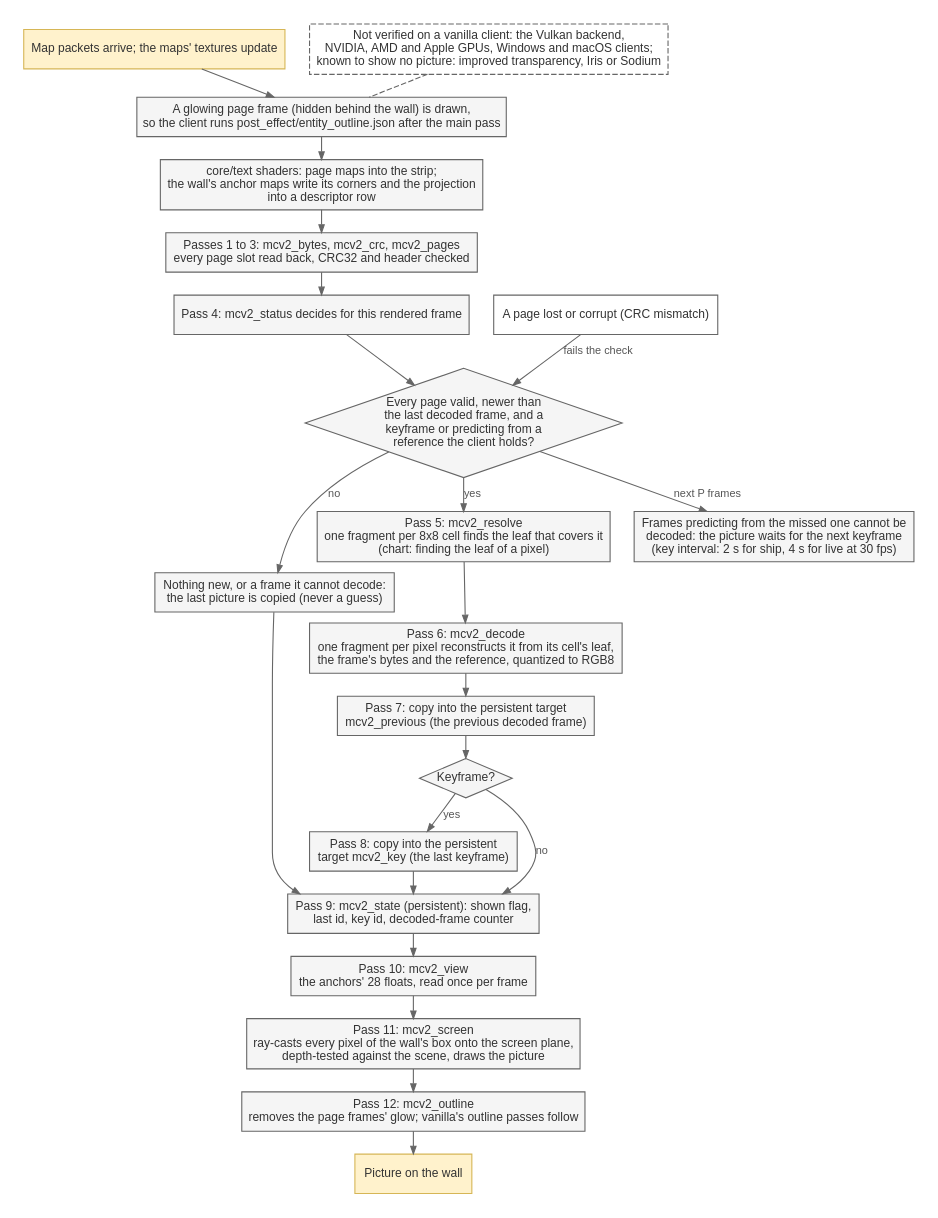
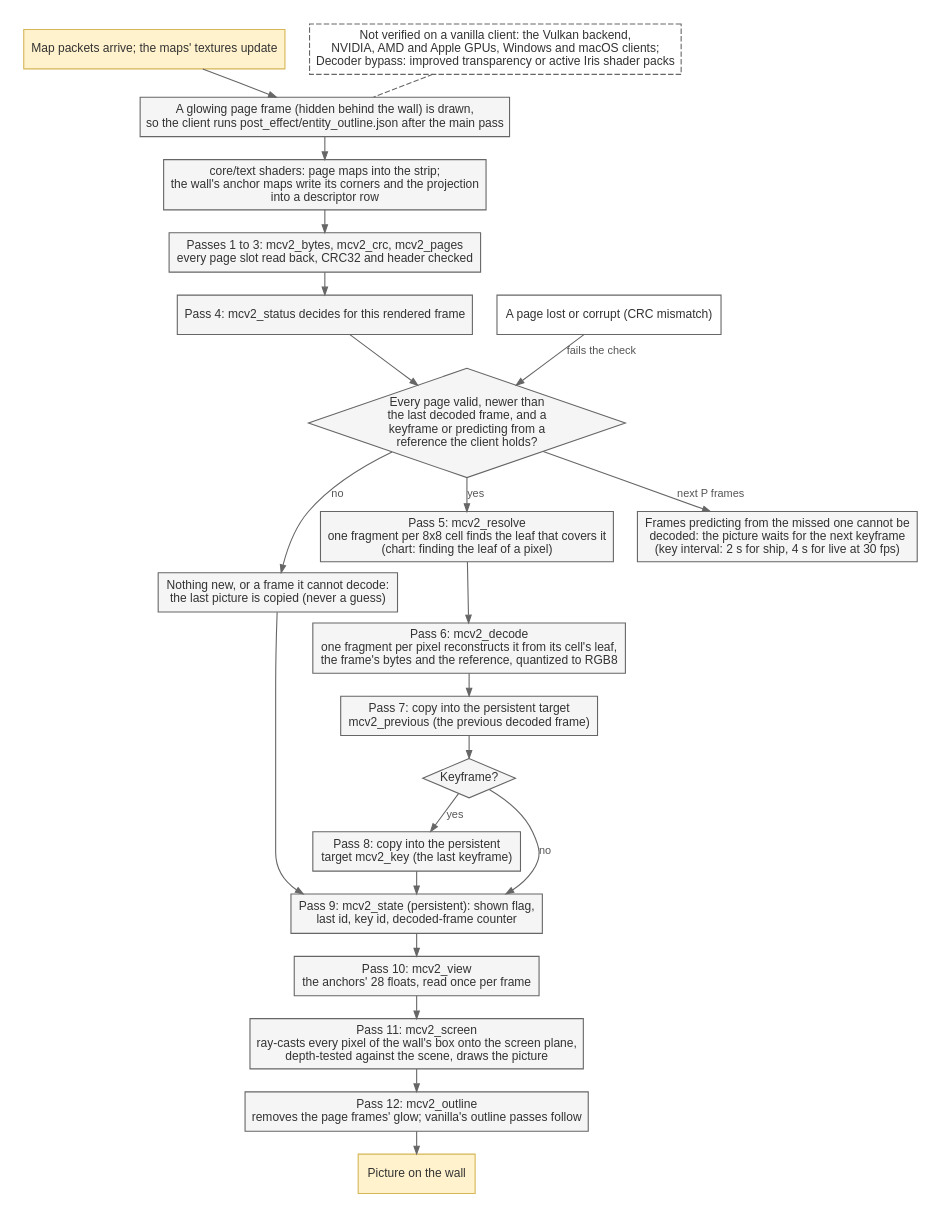
One commit to PulseBeat02/mcav changed the diagram in docs/mcv2/figures/decode.dot. Above: the diagram before and after it, drawn with Graphviz. The commit also changed 3 other files, not shown here.

First line of the commit message:
Docs: align decoder diagrams with the measured client matrix

```diff
--- a/docs/mcv2/figures/decode.dot
+++ b/docs/mcv2/figures/decode.dot
@@ -1,46 +1,46 @@
 // Figure: what the client does with a frame, from packet arrival to the pixels on the wall: the resource pack's core
 // text shaders and its post chain (post_effect/entity_outline.json), with the two persistent reference frames.
 // Dashed: what is not verified on a vanilla client (see the warning beside the figure).
 digraph decode {
   rankdir=TB;
   bgcolor="white";
   pad=0.2;
   nodesep=0.3;
   ranksep=0.26;
   node [shape=box, style=filled, fillcolor="#f5f5f5", color="#666666", fontname="Arial", fontsize=11, fontcolor="#333333", margin="0.12,0.07"];
   edge [color="#666666", arrowsize=0.7, fontname="Arial", fontsize=10, fontcolor="#555555"];
 
   arrive [label="Map packets arrive; the maps' textures update", fillcolor="#fff2cc", color="#d6b656"];
   glow [label="A glowing page frame (hidden behind the wall) is drawn,\nso the client runs post_effect/entity_outline.json after the main pass"];
   text [label="core/text shaders: page maps into the strip;\nthe wall's anchor maps write its corners and the projection\ninto a descriptor row"];
   pages [label="Passes 1 to 3: mcv2_bytes, mcv2_crc, mcv2_pages\nevery page slot read back, CRC32 and header checked"];
   status [label="Pass 4: mcv2_status decides for this rendered frame"];
   decide [shape=diamond, label="Every page valid, newer than\nthe last decoded frame, and a\nkeyframe or predicting from a\nreference the client holds?", margin="0.02,0.02"];
   keepold [label="Nothing new, or a frame it cannot decode:\nthe last picture is copied (never a guess)"];
   resolve [label="Pass 5: mcv2_resolve\none fragment per 8x8 cell finds the leaf that covers it\n(chart: finding the leaf of a pixel)"];
   decodepass [label="Pass 6: mcv2_decode\none fragment per pixel reconstructs it from its cell's leaf,\nthe frame's bytes and the reference, quantized to RGB8"];
   previous [label="Pass 7: copy into the persistent target\nmcv2_previous (the previous decoded frame)"];
   iskey [shape=diamond, label="Keyframe?", margin="0.02,0.02"];
   key [label="Pass 8: copy into the persistent\ntarget mcv2_key (the last keyframe)"];
   state [label="Pass 9: mcv2_state (persistent): shown flag,\nlast id, key id, decoded-frame counter"];
   view [label="Pass 10: mcv2_view\nthe anchors' 28 floats, read once per frame"];
   screen [label="Pass 11: mcv2_screen\nray-casts every pixel of the wall's box onto the screen plane,\ndepth-tested against the scene, draws the picture"];
   outline [label="Pass 12: mcv2_outline\nremoves the page frames' glow; vanilla's outline passes follow"];
   shown [label="Picture on the wall", fillcolor="#fff2cc", color="#d6b656"];
   lost [label="A page lost or corrupt (CRC mismatch)", fillcolor="#ffffff"];
   wait [label="Frames predicting from the missed one cannot be\ndecoded: the picture waits for the next keyframe\n(key interval: 2 s for ship, 4 s for live at 30 fps)"];
-  unverified [label="Not verified on a vanilla client: the Vulkan backend,\nNVIDIA, AMD and Apple GPUs, Windows and macOS clients;\nknown to show no picture: improved transparency, Iris or Sodium", style="filled,dashed", fillcolor="#ffffff"];
+  unverified [label="Not verified on a vanilla client: the Vulkan backend,\nNVIDIA, AMD and Apple GPUs, Windows and macOS clients;\nDecoder bypass: improved transparency or active Iris shader packs", style="filled,dashed", fillcolor="#ffffff"];
 
   arrive -> glow -> text -> pages -> status -> decide;
   decide -> keepold [label="no"];
   decide -> resolve [label="yes"];
   resolve -> decodepass -> previous -> iskey;
   iskey -> key [label="yes"];
   iskey -> state [label="no"];
   key -> state;
   keepold -> state;
   state -> view -> screen -> outline -> shown;
   lost -> decide [label="fails the check"];
   decide -> wait [label="next P frames"];
   unverified -> glow [style=dashed, arrowhead=none];
 }
```
